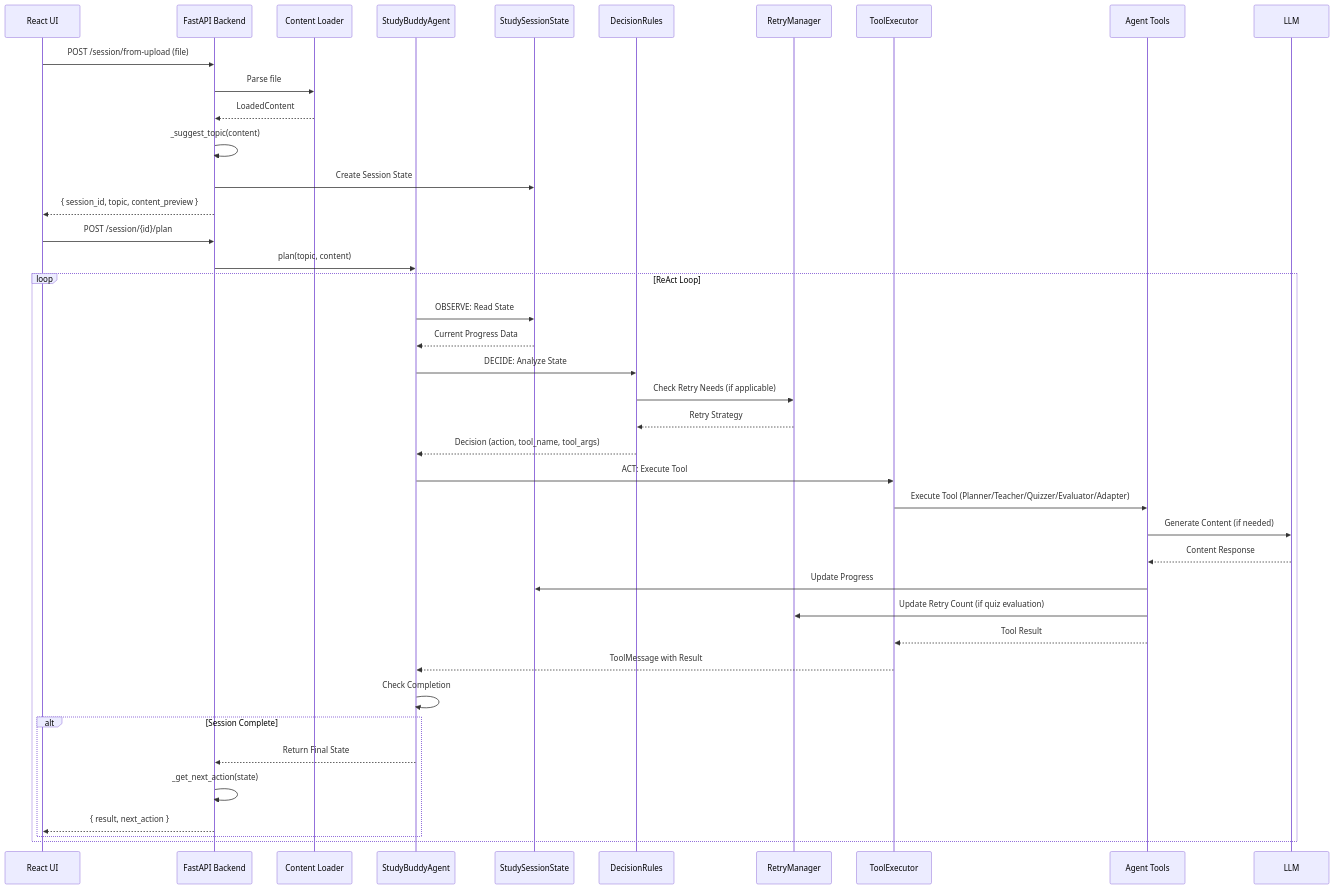
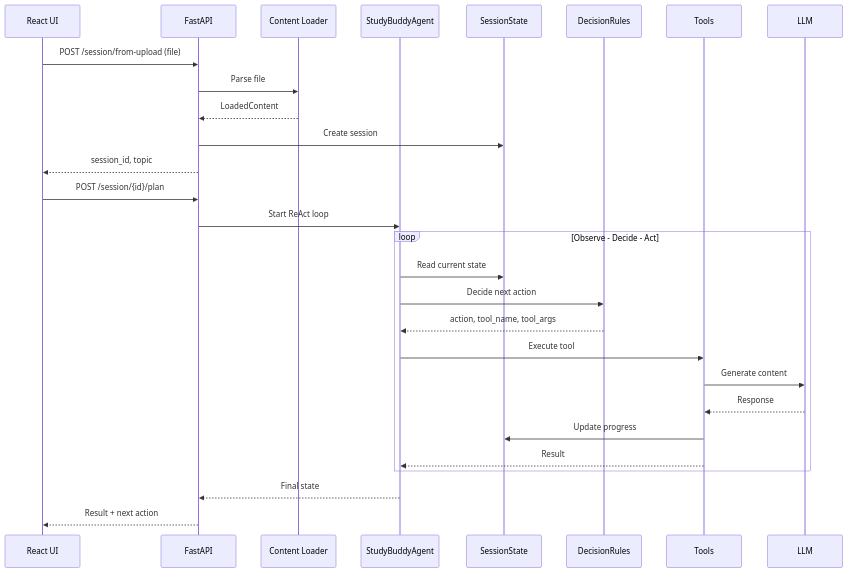
One commit to ebinzacharias/ez-agentic-study-buddy changed the first of 3 diagrams in ARCHITECTURE.md. Above: the diagram before and after it, drawn with Mermaid. The commit also changed other lines of this file and 2 other files, not shown here.

````diff
--- a/ARCHITECTURE.md
+++ b/ARCHITECTURE.md
@@ -386,50 +88,34 @@
 ```mermaid
 sequenceDiagram
-    participant Browser as React UI
-    participant API as FastAPI Backend
+    participant UI as React UI
+    participant API as FastAPI
     participant CL as Content Loader
     participant Agent as StudyBuddyAgent
-    participant State as StudySessionState
-    participant DecisionRules
-    participant RetryManager
-    participant ToolExec as ToolExecutor
-    participant Tools as Agent Tools
-    participant LLM
+    participant State as SessionState
+    participant Rules as DecisionRules
+    participant Tools as Tools
+    participant LLM as LLM
 
-    Browser->>API: POST /session/from-upload (file)
+    UI->>API: POST /session/from-upload (file)
     API->>CL: Parse file
     CL-->>API: LoadedContent
-    API->>API: _suggest_topic(content)
-    API->>State: Create Session State
-    API-->>Browser: { session_id, topic, content_preview }
+    API->>State: Create session
+    API-->>UI: session_id, topic
 
-    Browser->>API: POST /session/{id}/plan
-    API->>Agent: plan(topic, content)
-    
-    loop ReAct Loop
-        Agent->>State: OBSERVE: Read State
-        State-->>Agent: Current Progress Data
-        
-        Agent->>DecisionRules: DECIDE: Analyze State
-        DecisionRules->>RetryManager: Check Retry Needs (if applicable)
-        RetryManager-->>DecisionRules: Retry Strategy
-        DecisionRules-->>Agent: Decision (action, tool_name, tool_args)
-        
-        Agent->>ToolExec: ACT: Execute Tool
-        ToolExec->>Tools: Execute Tool (Planner/Teacher/Quizzer/Evaluator/Adapter)
-        Tools->>LLM: Generate Content (if needed)
-        LLM-->>Tools: Content Response
-        Tools->>State: Update Progress
-        Tools->>RetryManager: Update Retry Count (if quiz evaluation)
-        Tools-->>ToolExec: Tool Result
-        ToolExec-->>Agent: ToolMessage with Result
-        
-        Agent->>Agent: Check Completion
-        
-        alt Session Complete
-            Agent-->>API: Return Final State
-            API->>API: _get_next_action(state)
-            API-->>Browser: { result, next_action }
-        end
+    UI->>API: POST /session/{id}/plan
+    API->>Agent: Start ReAct loop
+
+    loop Observe - Decide - Act
+        Agent->>State: Read current state
+        Agent->>Rules: Decide next action
+        Rules-->>Agent: action, tool_name, tool_args
+        Agent->>Tools: Execute tool
+        Tools->>LLM: Generate content
+        LLM-->>Tools: Response
+        Tools->>State: Update progress
+        Tools-->>Agent: Result
     end
+
+    Agent-->>API: Final state
+    API-->>UI: Result + next action
 ```
````
